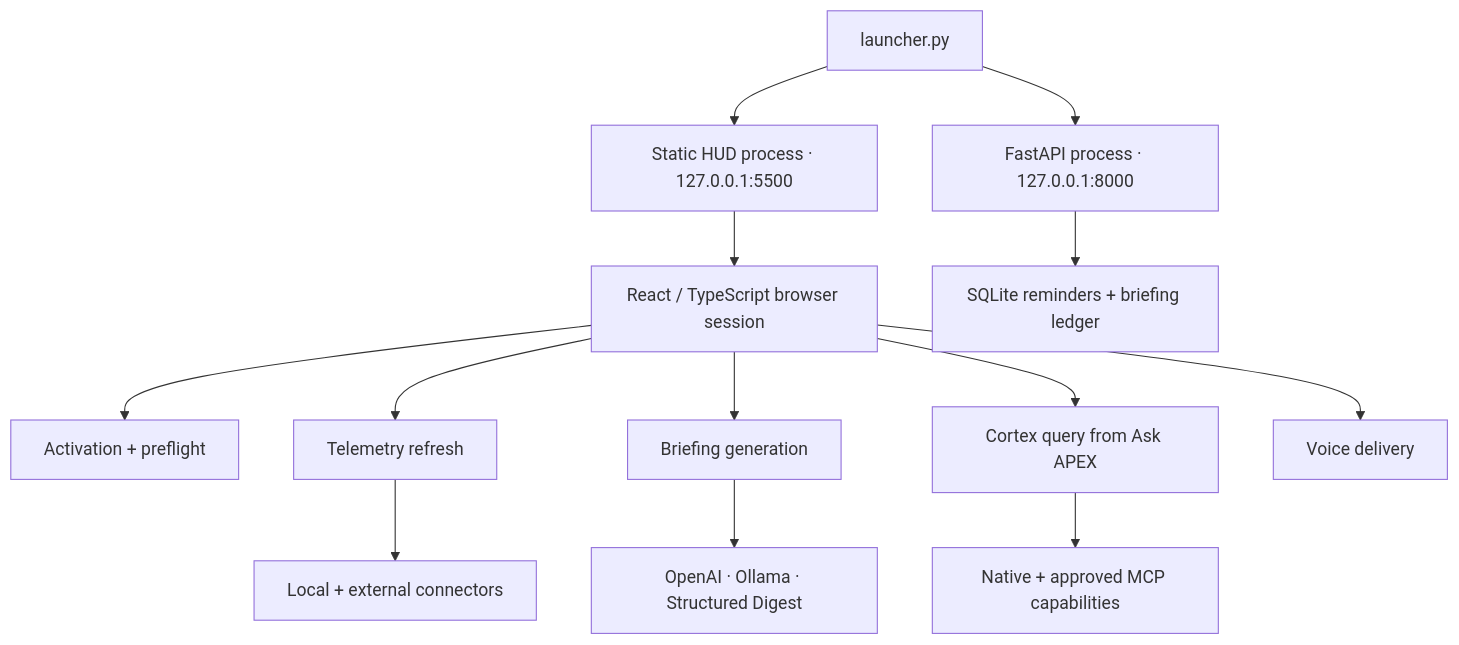
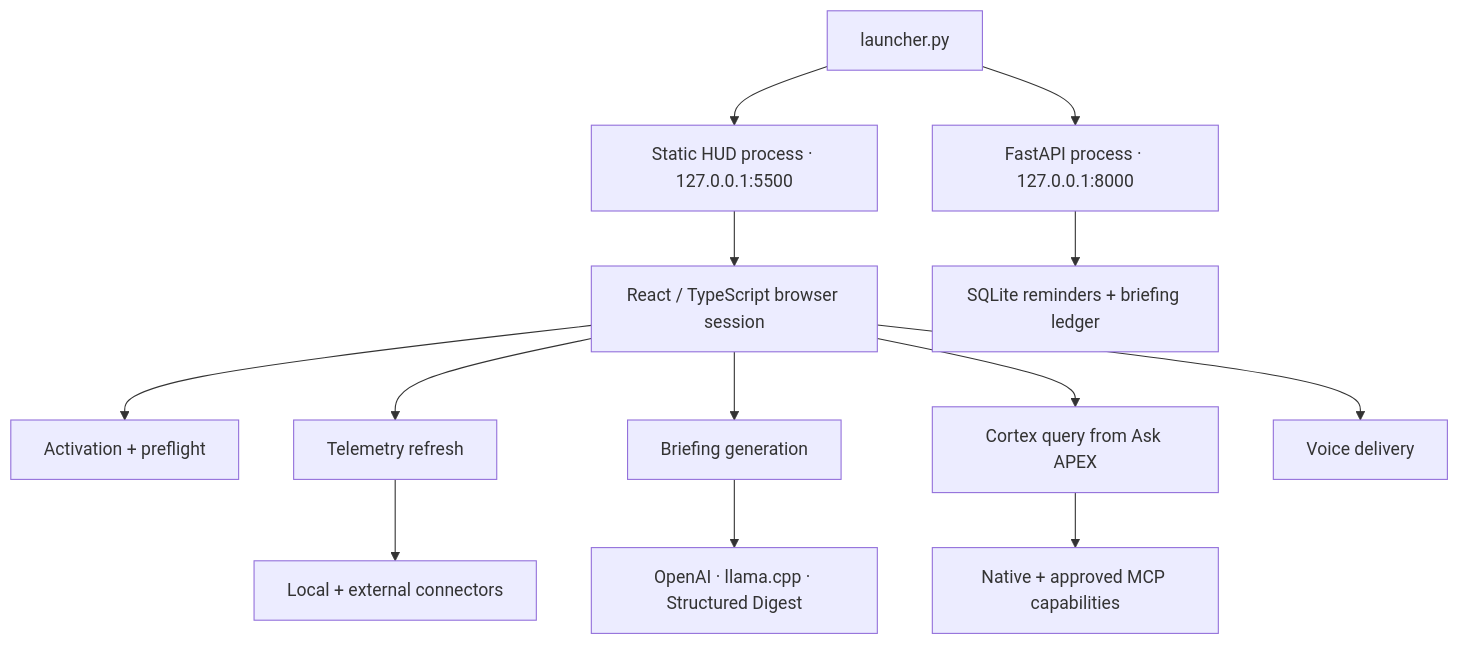
Before and after one commit to edumarcano/APEX: the first of 3 diagrams in docs/architecture.md, drawn with Mermaid. The commit also changed other lines of this file and 61 other files, not shown here.

````diff
--- a/docs/architecture.md
+++ b/docs/architecture.md
@@ -24,17 +24,17 @@
 ```mermaid
 flowchart TB
     Launcher["launcher.py"] --> API["FastAPI process · 127.0.0.1:8000"]
     Launcher --> Static["Static HUD process · 127.0.0.1:5500"]
     Static --> Browser["React / TypeScript browser session"]
 
     Browser --> Activation["Activation + preflight"]
     Browser --> Telemetry["Telemetry refresh"]
     Browser --> Briefing["Briefing generation"]
     Browser --> Cortex["Cortex query from Ask APEX"]
     Browser --> Voice["Voice delivery"]
 
     Telemetry --> Connectors["Local + external connectors"]
-    Briefing --> Models["OpenAI · Ollama · Structured Digest"]
+    Briefing --> Models["OpenAI · llama.cpp · Structured Digest"]
     Cortex --> Capabilities["Native + approved MCP capabilities"]
     API --> SQLite["SQLite reminders + briefing ledger"]
 ```
````
